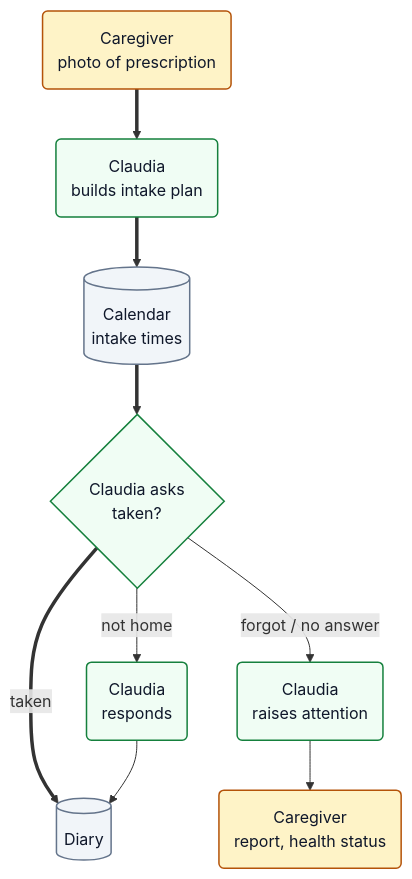
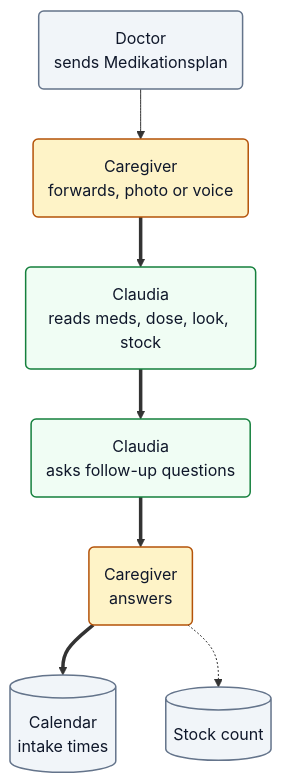
One commit to David3Ar/claudia-caretaker-magdehack changed the first of 6 diagrams in docs/specs/02-pill-checker/spec.md. Above: the diagram before and after it, drawn with Mermaid. The commit also changed other lines of this file and 32 other files, not shown here.

Commit message:
docs(pill-checker): add flow player, step images and spec from refined notes

````diff
--- a/docs/specs/02-pill-checker/spec.md
+++ b/docs/specs/02-pill-checker/spec.md
@@ -69,26 +113,23 @@
 ```mermaid
 flowchart TB
-    accTitle: Pill checker flow from setup to escalation
-    P1("Caregiver<br/>photo of prescription"):::caregiver
-    P2("Claudia<br/>builds intake plan"):::claudia
+    accTitle: From prescription to intake events
+    D1("Doctor<br/>sends Medikationsplan"):::other
+    C1("Caregiver<br/>forwards, photo or voice"):::caregiver
+    A1("Claudia<br/>reads meds, dose, look, stock"):::claudia
+    A2("Claudia<br/>asks follow-up questions"):::claudia
+    C2("Caregiver<br/>answers"):::caregiver
     CAL[("Calendar<br/>intake times")]:::other
-    ASK{"Claudia asks<br/>taken?"}:::claudia
-    NH("Claudia<br/>responds"):::claudia
-    RA("Claudia<br/>raises attention"):::claudia
-    REP("Caregiver<br/>report, health status"):::caregiver
-    DI[("Diary")]:::other
+    ST[("Stock count")]:::other
 
-    P1 ==> P2
-    P2 ==> CAL
-    CAL ==> ASK
-    ASK ==>|taken| DI
-    ASK -->|not home| NH
-    NH --> DI
-    ASK -->|forgot / no answer| RA
-    RA --> REP
+    D1 --> C1
+    C1 ==> A1
+    A1 ==> A2
+    A2 ==> C2
+    C2 ==> CAL
+    C2 -.-> ST
 
     classDef senior    fill:#eff6ff,stroke:#2563eb,stroke-width:1.5px,color:#0f172a
     classDef caregiver fill:#fef3c7,stroke:#b45309,stroke-width:1.5px,color:#0f172a
     classDef claudia   fill:#f0fdf4,stroke:#15803d,stroke-width:1.5px,color:#0f172a
     classDef other     fill:#f1f5f9,stroke:#64748b,stroke-width:1.5px,color:#0f172a
 ```
````
